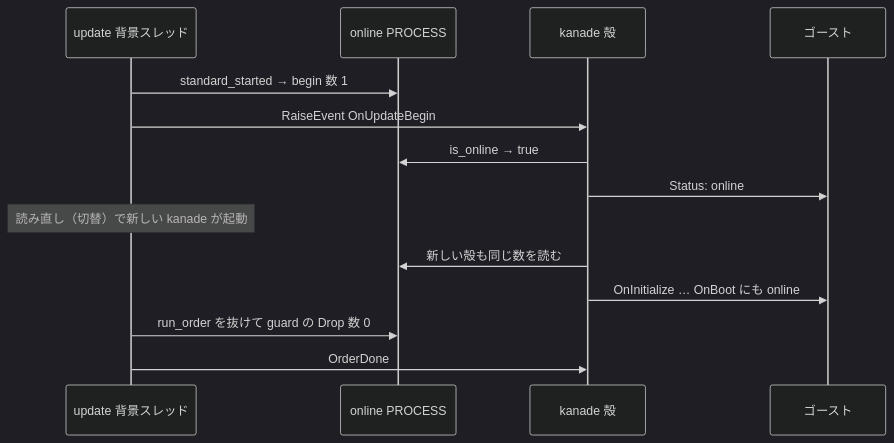
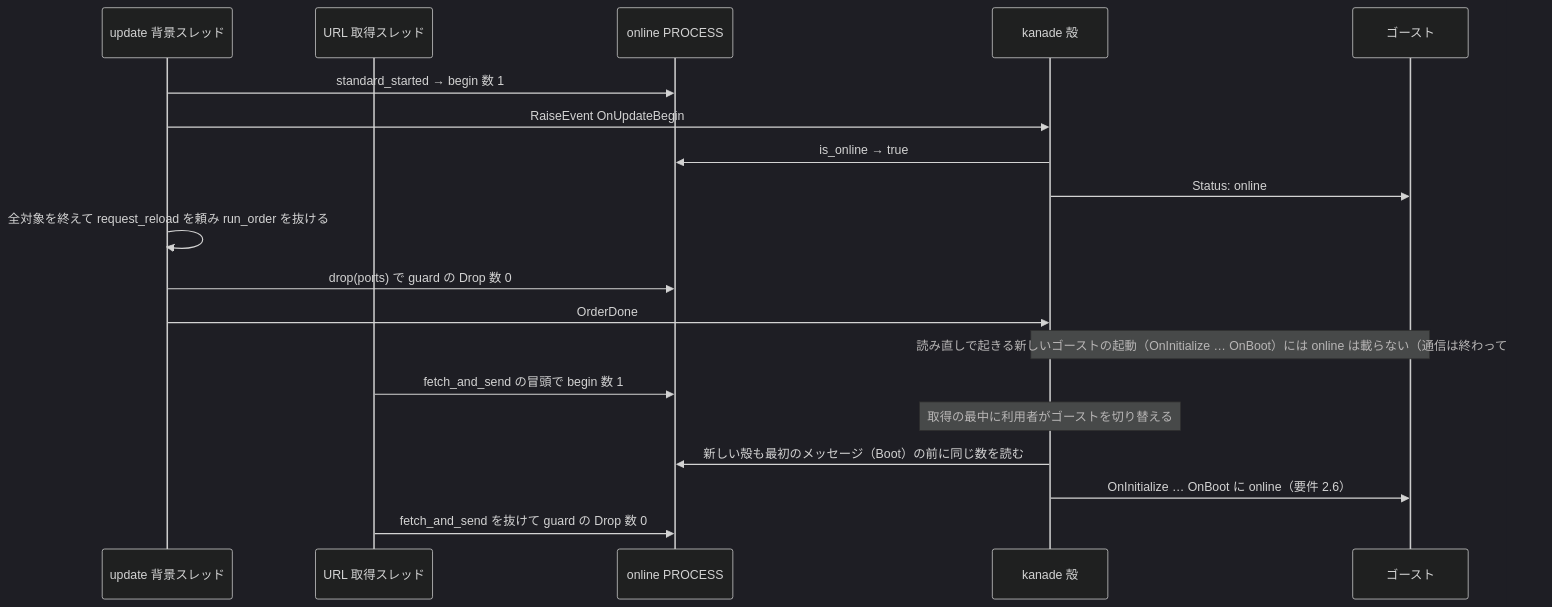
The third of 3 diagrams in .kiro/specs/areka-P0-status-execution-states/design.md (ekicyou/areka), drawn with Mermaid (dark theme) before and after one commit. The commit also changed other lines of this file and 2 other files, not shown here.

````diff
--- a/.kiro/specs/areka-P0-status-execution-states/design.md
+++ b/.kiro/specs/areka-P0-status-execution-states/design.md
@@ -213,16 +217,21 @@
 ```mermaid
 sequenceDiagram
     participant W as update 背景スレッド
+    participant F as URL 取得スレッド
     participant P as online PROCESS
     participant S as kanade 殻
     participant G as ゴースト
     W->>P: standard_started → begin  数 1
     W->>S: RaiseEvent OnUpdateBegin
     S->>P: is_online → true
     S->>G: Status: online
-    Note over W: 読み直し（切替）で新しい kanade が起動
-    S->>P: 新しい殻も同じ数を読む
-    S->>G: OnInitialize … OnBoot にも online
-    W->>P: run_order を抜けて guard の Drop  数 0
+    W->>W: 全対象を終えて request_reload を頼み run_order を抜ける
+    W->>P: drop(ports) で guard の Drop  数 0
     W->>S: OrderDone
+    Note over S,G: 読み直しで起きる新しいゴーストの起動（OnInitialize … OnBoot）には online は載らない（通信は終わっている）
+    F->>P: fetch_and_send の冒頭で begin  数 1
+    Note over S: 取得の最中に利用者がゴーストを切り替える
+    S->>P: 新しい殻も最初のメッセージ（Boot）の前に同じ数を読む
+    S->>G: OnInitialize … OnBoot に online（要件 2.6）
+    F->>P: fetch_and_send を抜けて guard の Drop  数 0
 ```
````
